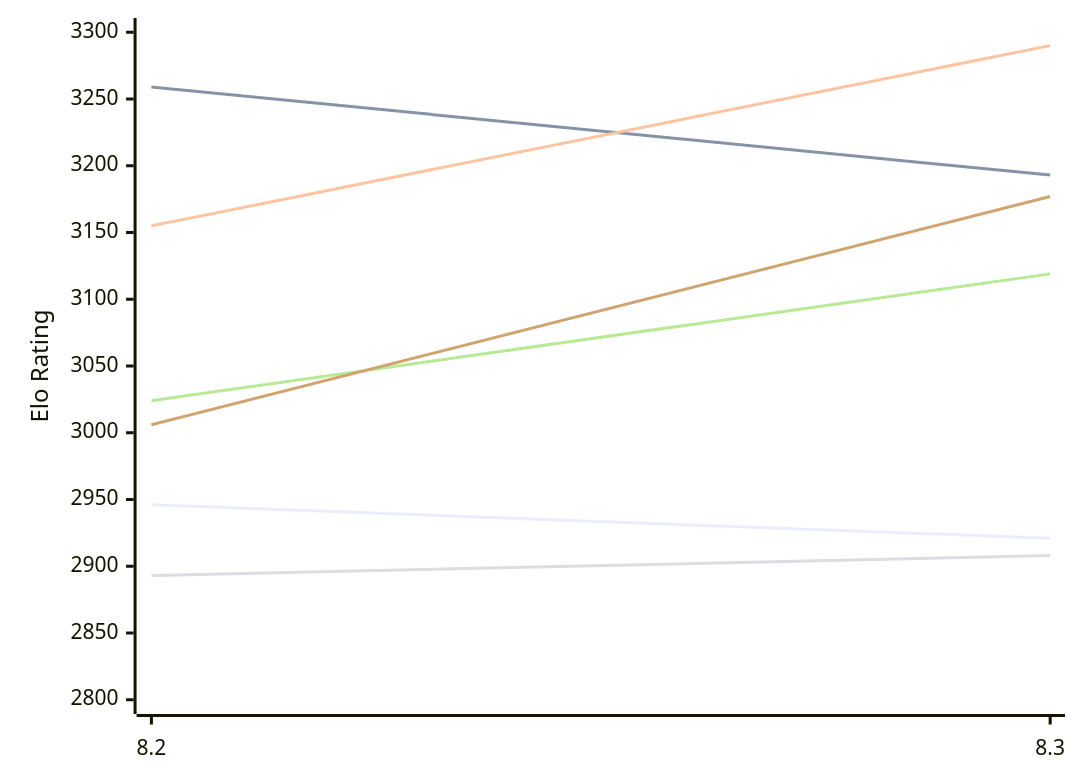
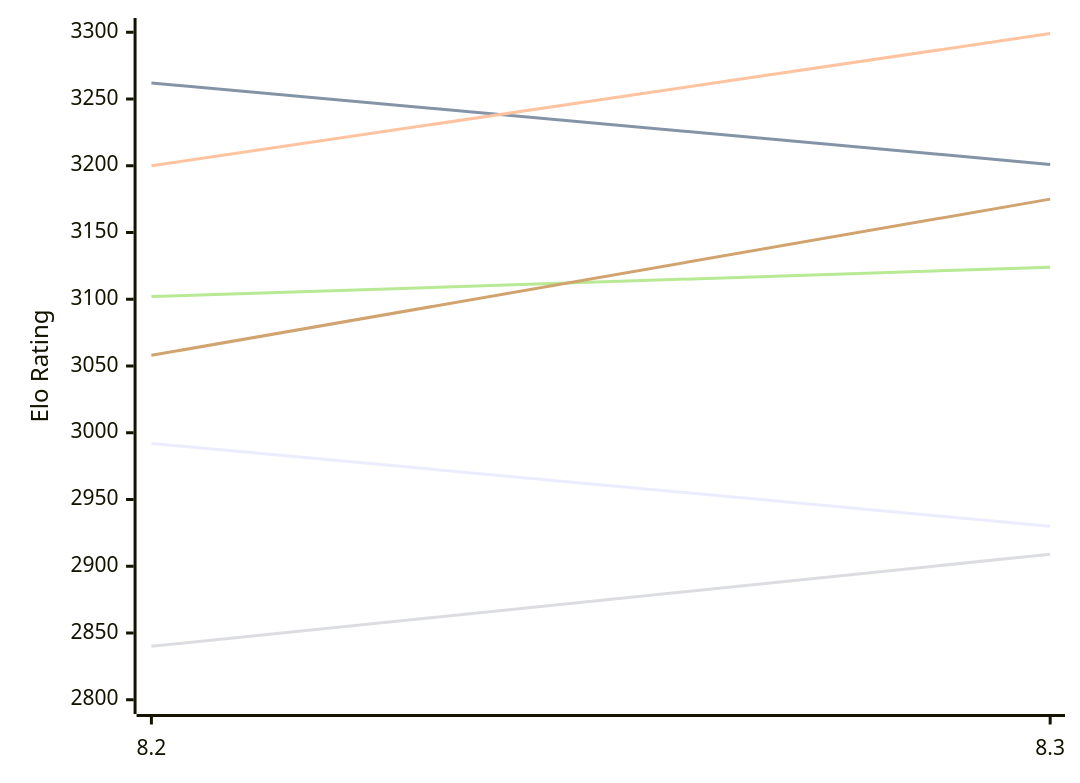
One commit to computer-chess-index/cci changed the first of 2 diagrams in engines/Alexander.md. Above: the diagram before and after it, drawn with Mermaid. The commit also changed other lines of this file, not shown here.

Commit message:
Update CCI Ratings (ELO VLTC) - 2026-11-16

````diff
--- a/engines/Alexander.md
+++ b/engines/Alexander.md
@@ -52,12 +52,12 @@
 ```mermaid
 %%{init: {"theme":"base","themeVariables":{"seriesColors:['#a3a3a3','#222221','#faa371']}}}%%
 xychart-beta
   x-axis ["8.2", "8.3"]
   y-axis "Elo Rating" 2800 --> 3300
-  line "E1: STC (8.0+0.08s)" [2946, 2921]
-  line "E1: LTC (60.0+0.60s)" [3259, 3193]
-  line "E1: VLTC (2m24s+1.12s)" [3155, 3290]
-  line "P1: STC (8.0+0.08s)" [2893, 2908]
-  line "P1: LTC (60.0+0.60s)" [3024, 3119]
-  line "P1: VLTC (2m24s+1.12s)" [3006, 3177]
+  line "E1: STC (8.0+0.08s)" [2992, 2930]
+  line "E1: LTC (60.0+0.60s)" [3262, 3201]
+  line "E1: VLTC (2m24s+1.12s)" [3200, 3299]
+  line "P1: STC (8.0+0.08s)" [2840, 2909]
+  line "P1: LTC (60.0+0.60s)" [3102, 3124]
+  line "P1: VLTC (2m24s+1.12s)" [3058, 3175]
 ```
````
